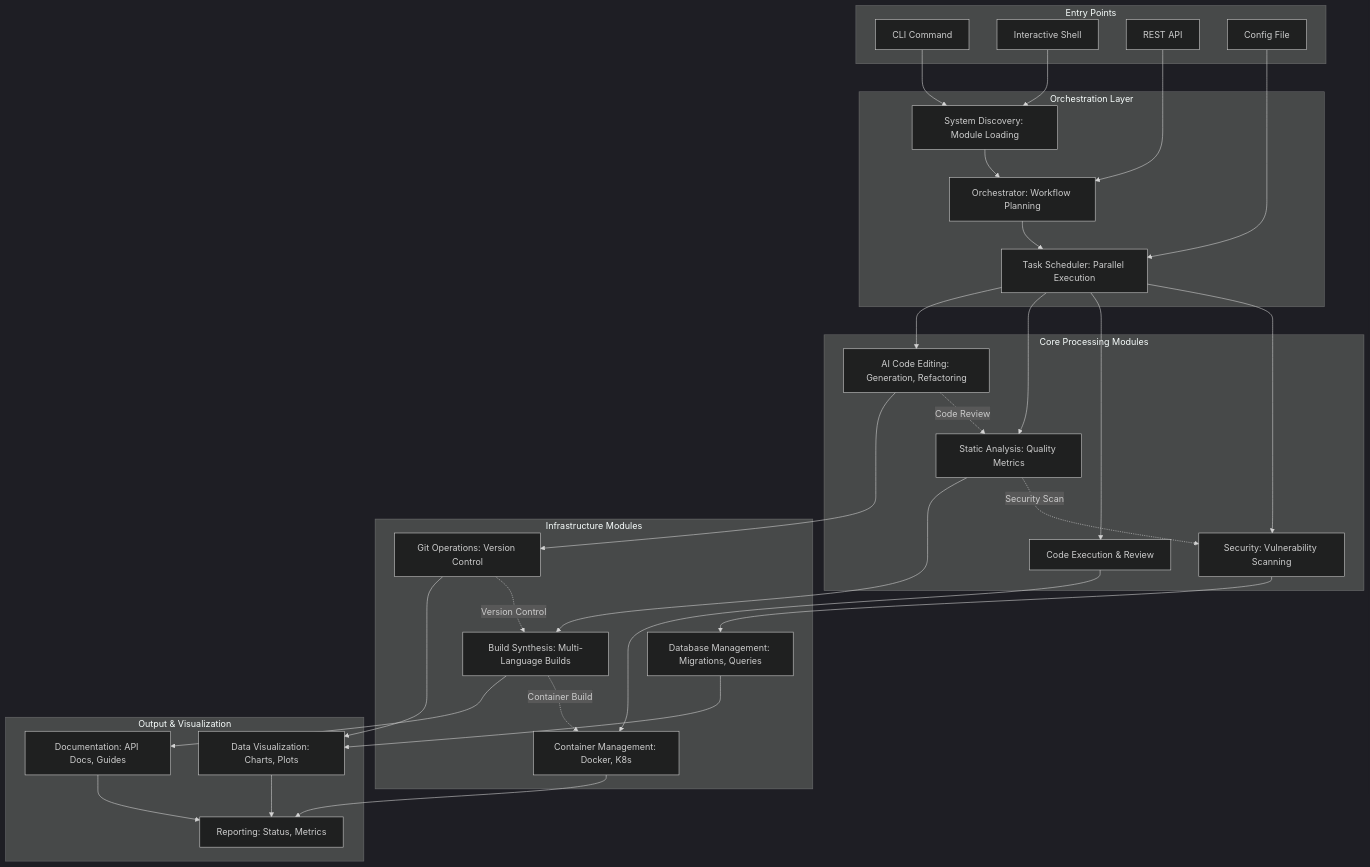
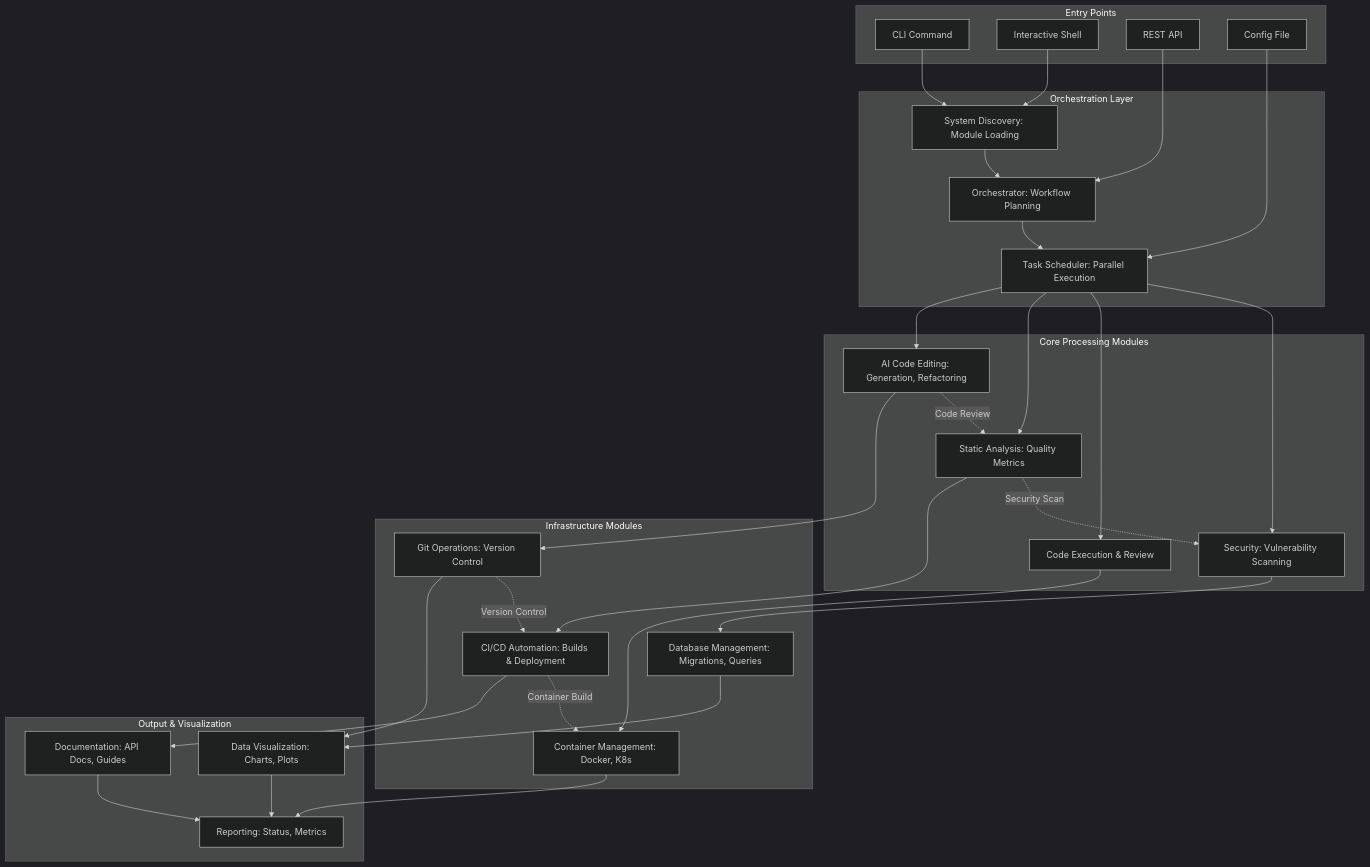
Before and after one commit to docxology/codomyrmex: the ninth of 12 diagrams in README.md, drawn with Mermaid (dark theme). The commit also changed other lines of this file and 107 other files, not shown here.

````diff
--- a/README.md
+++ b/README.md
@@ -1310,67 +1286,67 @@
 ```mermaid
 graph TD
     subgraph entryPoints ["Entry Points"]
         CLI["CLI Command"]
         InteractiveShell["Interactive Shell"]
         APIEndpoint["REST API"]
         ConfigFile["Config File"]
     end
 
     subgraph orchestrationLayer ["Orchestration Layer"]
         SystemDiscovery["System Discovery: Module Loading"]
         Orchestrator["Orchestrator: Workflow Planning"]
         TaskScheduler["Task Scheduler: Parallel Execution"]
     end
 
     subgraph coreProcessing ["Core Processing Modules"]
         AICode["AI Code Editing: Generation, Refactoring"]
         StaticAnalysis["Static Analysis: Quality Metrics"]
         Code["Code Execution & Review"]
         Security["Security: Vulnerability Scanning"]
     end
 
     subgraph infrastructureModules ["Infrastructure Modules"]
         GitOps["Git Operations: Version Control"]
-        BuildSynth["Build Synthesis: Multi-Language Builds"]
+        CICDAuto["CI/CD Automation: Builds & Deployment"]
         ContainerMgmt["Container Management: Docker, K8s"]
         DatabaseMgmt["Database Management: Migrations, Queries"]
     end
 
     subgraph outputVisualization ["Output & Visualization"]
         DataVisualization["Data Visualization: Charts, Plots"]
         Documentation["Documentation: API Docs, Guides"]
         Reporting["Reporting: Status, Metrics"]
     end
 
     CLI --> SystemDiscovery
     InteractiveShell --> SystemDiscovery
     APIEndpoint --> Orchestrator
     ConfigFile --> TaskScheduler
 
     SystemDiscovery --> Orchestrator
     Orchestrator --> TaskScheduler
 
     TaskScheduler --> AICode
     TaskScheduler --> StaticAnalysis
     TaskScheduler --> Code
     TaskScheduler --> Security
 
     AICode --> GitOps
-    StaticAnalysis --> BuildSynth
+    StaticAnalysis --> CICDAuto
     Code --> ContainerMgmt
     Security --> DatabaseMgmt
 
     GitOps --> DataVisualization
-    BuildSynth --> Documentation
+    CICDAuto --> Documentation
     ContainerMgmt --> Reporting
     DatabaseMgmt --> DataVisualization
 
     DataVisualization --> Reporting
     Documentation --> Reporting
 
     %% Cross-module dependencies
     AICode -.->|"Code Review"| StaticAnalysis
     StaticAnalysis -.->|"Security Scan"| Security
-    BuildSynth -.->|"Container Build"| ContainerMgmt
-    GitOps -.->|"Version Control"| BuildSynth
+    CICDAuto -.->|"Container Build"| ContainerMgmt
+    GitOps -.->|"Version Control"| CICDAuto
 ```
````
